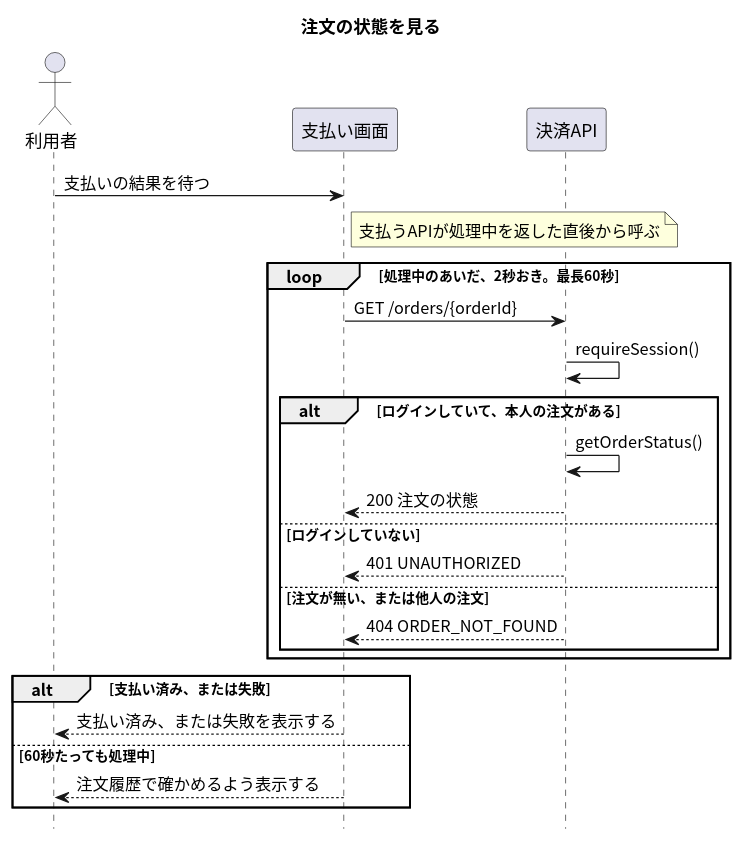
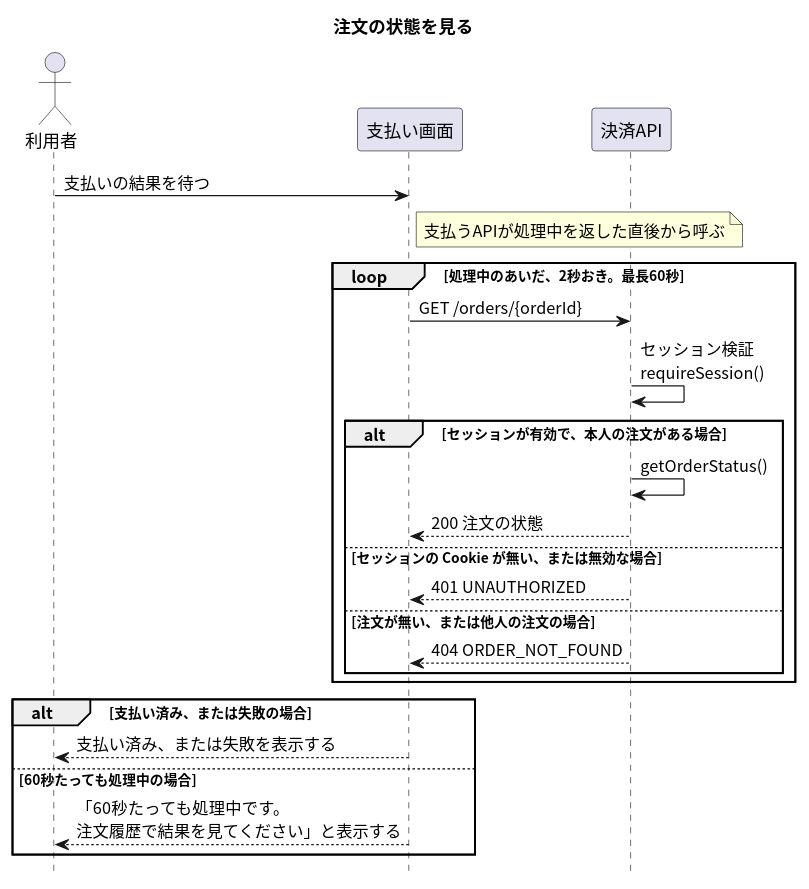
Before and after one commit to masamasamasato/design-doc-template: the diagram in apis/get-order/入口.puml, drawn with PlantUML. The commit also changed 113 other files, not shown here.

```diff
--- a/apis/get-order/入口.puml
+++ b/apis/get-order/入口.puml
@@ -1,32 +1,32 @@
 @startuml
 skinparam shadowing false
 skinparam defaultFontName "Noto Sans CJK JP"
 skinparam SequenceFontName "Noto Sans CJK JP"
 hide footbox
 
 title 注文の状態を見る
 
 actor "利用者" as User
 participant "支払い画面" as Screen
 participant "決済API" as API
 
 User -> Screen : 支払いの結果を待つ
 note right of Screen : 支払うAPIが処理中を返した直後から呼ぶ
 loop 処理中のあいだ、2秒おき。最長60秒
   Screen -> API : GET /orders/{orderId}
-  API -> API : requireSession()
-  alt ログインしていて、本人の注文がある
+  API -> API : セッション検証\nrequireSession()
+  alt セッションが有効で、本人の注文がある場合
     API -> API : getOrderStatus()
     API --> Screen : 200 注文の状態
-  else ログインしていない
+  else セッションの Cookie が無い、または無効な場合
     API --> Screen : 401 UNAUTHORIZED
-  else 注文が無い、または他人の注文
+  else 注文が無い、または他人の注文の場合
     API --> Screen : 404 ORDER_NOT_FOUND
   end
 end
-alt 支払い済み、または失敗
+alt 支払い済み、または失敗の場合
   Screen --> User : 支払い済み、または失敗を表示する
-else 60秒たっても処理中
-  Screen --> User : 注文履歴で確かめるよう表示する
+else 60秒たっても処理中の場合
+  Screen --> User : 「60秒たっても処理中です。\n注文履歴で結果を見てください」と表示する
 end
 @enduml
```
